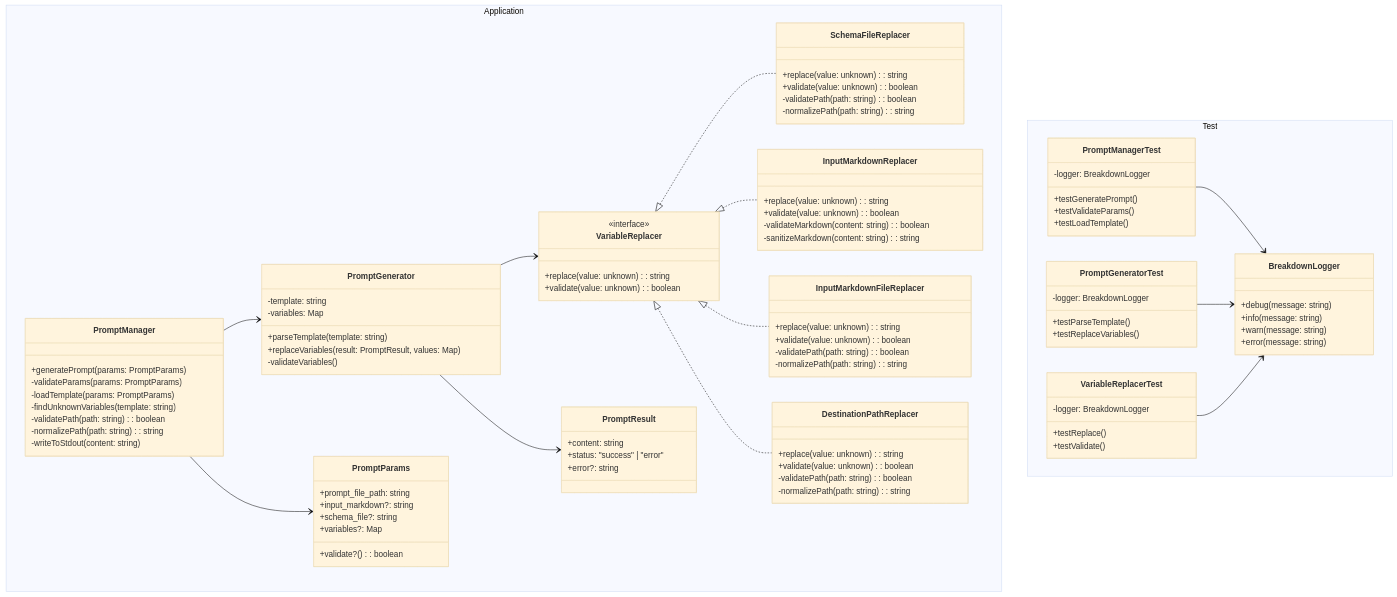
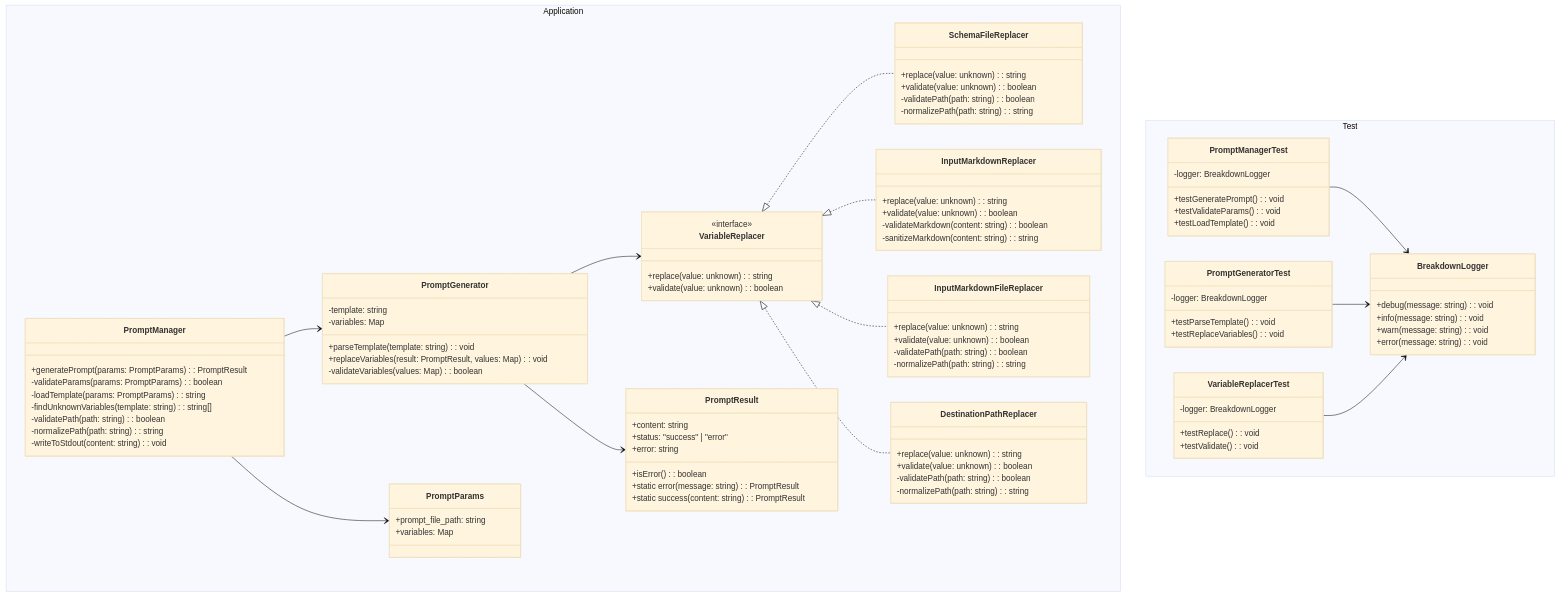
Before and after one commit to tettuan/breakdownprompt: the diagram in docs/uml/class.md, drawn with Mermaid (base theme). The commit also changed 5 other files, not shown here.

Commit message:
refactor: improve class and sequence diagrams - remove validate from PromptParams - fix sequence diagram syntax - separate test namespace

```diff
--- a/docs/uml/class.md
+++ b/docs/uml/class.md
@@ -2,21 +2,21 @@
 classDiagram
     namespace Application {
         class PromptManager {
-            +generatePrompt(params: PromptParams)
-            -validateParams(params: PromptParams)
-            -loadTemplate(params: PromptParams)
-            -findUnknownVariables(template: string)
+            +generatePrompt(params: PromptParams): PromptResult
+            -validateParams(params: PromptParams): boolean
+            -loadTemplate(params: PromptParams): string
+            -findUnknownVariables(template: string): string[]
             -validatePath(path: string): boolean
             -normalizePath(path: string): string
-            -writeToStdout(content: string)
+            -writeToStdout(content: string): void
         }
 
         class PromptGenerator {
             -template: string
             -variables: Map<string, VariableReplacer>
-            +parseTemplate(template: string)
-            +replaceVariables(result: PromptResult, values: Map)
-            -validateVariables()
+            +parseTemplate(template: string): void
+            +replaceVariables(result: PromptResult, values: Map<string, unknown>): void
+            -validateVariables(values: Map<string, unknown>): boolean
         }
 
         class VariableReplacer {
@@ -55,44 +55,44 @@
 
         class PromptParams {
             +prompt_file_path: string
-            +input_markdown?: string
-            +schema_file?: string
-            +validate?(): boolean
-            +variables?: Map<string, unknown>
+            +variables: Map<string, unknown>
         }
 
         class PromptResult {
             +content: string
             +status: "success" | "error"
-            +error?: string
+            +error: string
+            +isError(): boolean
+            +static error(message: string): PromptResult
+            +static success(content: string): PromptResult
         }
     }
 
     namespace Test {
         class BreakdownLogger {
-            +debug(message: string)
-            +info(message: string)
-            +warn(message: string)
-            +error(message: string)
+            +debug(message: string): void
+            +info(message: string): void
+            +warn(message: string): void
+            +error(message: string): void
         }
 
         class PromptManagerTest {
             -logger: BreakdownLogger
-            +testGeneratePrompt()
-            +testValidateParams()
-            +testLoadTemplate()
+            +testGeneratePrompt(): void
+            +testValidateParams(): void
+            +testLoadTemplate(): void
         }
 
         class PromptGeneratorTest {
             -logger: BreakdownLogger
-            +testParseTemplate()
-            +testReplaceVariables()
+            +testParseTemplate(): void
+            +testReplaceVariables(): void
         }
 
         class VariableReplacerTest {
             -logger: BreakdownLogger
-            +testReplace()
-            +testValidate()
+            +testReplace(): void
+            +testValidate(): void
         }
     }
 
```
